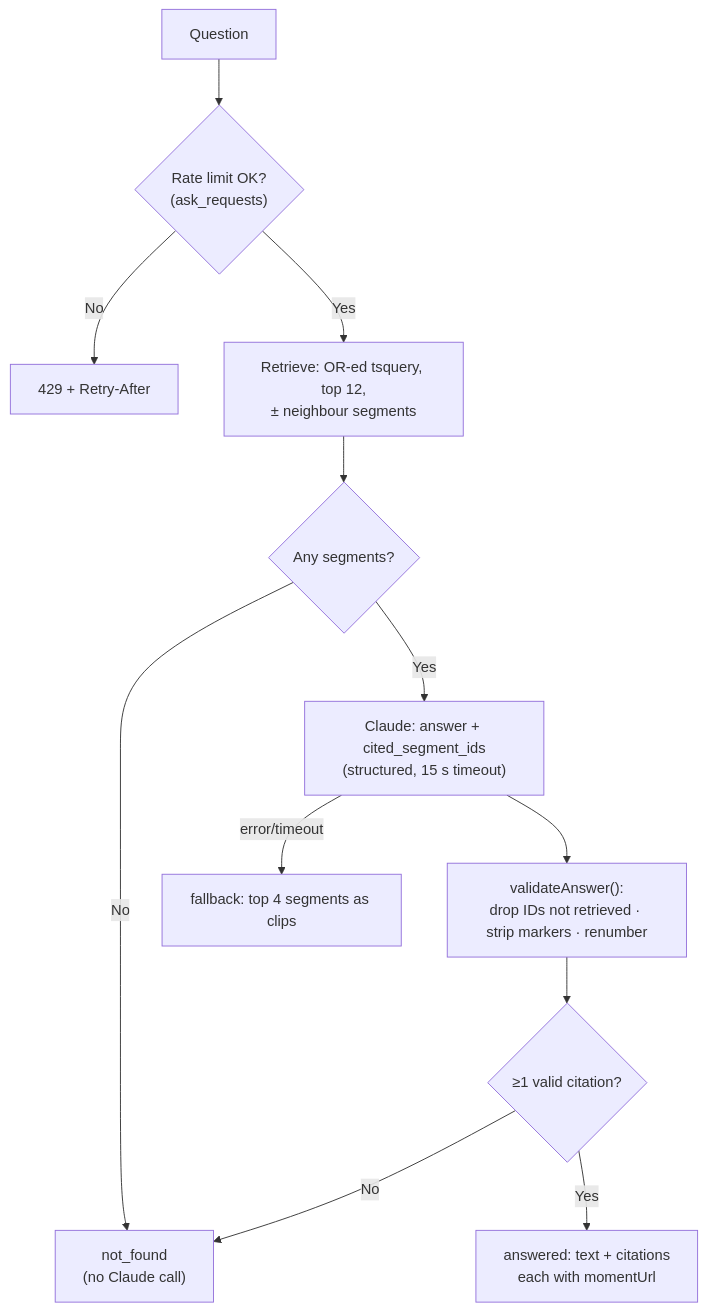
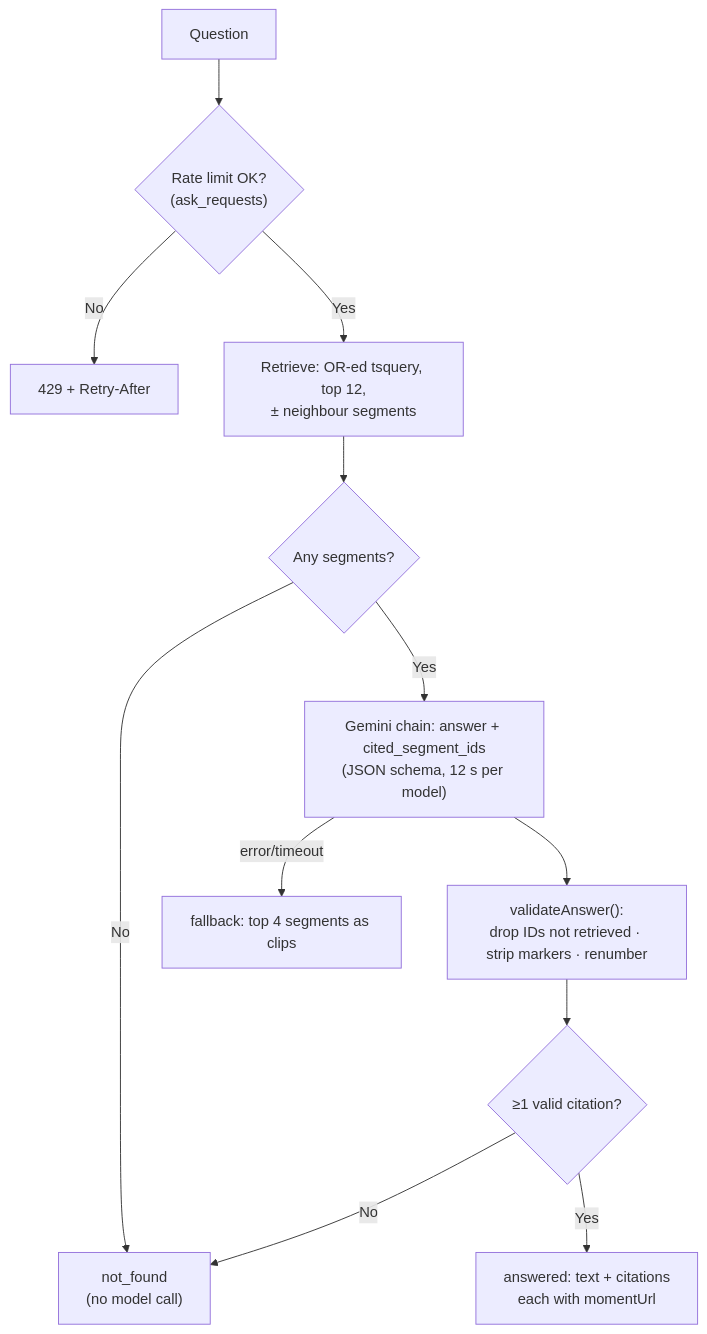
One commit to HackIndiaXYZ/pixels-to-products-cloudinary-ai-hackathon-2026-code-blooded changed the fifth of 9 diagrams in docs/ARCHITECTURE.md. Above: the diagram before and after it, drawn with Mermaid. The commit also changed other lines of this file and 19 other files, not shown here.

First line of the commit message:
docs: align current-state docs with the Gemini AI layer and v3 schema

````diff
--- a/docs/ARCHITECTURE.md
+++ b/docs/ARCHITECTURE.md
@@ -100,14 +103,14 @@
 ```mermaid
 flowchart TD
     Q["Question"] --> RL{"Rate limit OK?<br/>(ask_requests)"}
     RL -- No --> E429["429 + Retry-After"]
     RL -- Yes --> RET["Retrieve: OR-ed tsquery, top 12,<br/>± neighbour segments"]
     RET --> NONE{"Any segments?"}
-    NONE -- No --> NF["not_found<br/>(no Claude call)"]
-    NONE -- Yes --> CL["Claude: answer + cited_segment_ids<br/>(structured, 15 s timeout)"]
+    NONE -- No --> NF["not_found<br/>(no model call)"]
+    NONE -- Yes --> CL["Gemini chain: answer + cited_segment_ids<br/>(JSON schema, 12 s per model)"]
     CL -- error/timeout --> FB["fallback: top 4 segments as clips"]
     CL --> VAL["validateAnswer():<br/>drop IDs not retrieved · strip markers · renumber"]
     VAL --> ZERO{"≥1 valid citation?"}
     ZERO -- No --> NF
     ZERO -- Yes --> OUT["answered: text + citations<br/>each with momentUrl"]
 ```
````
